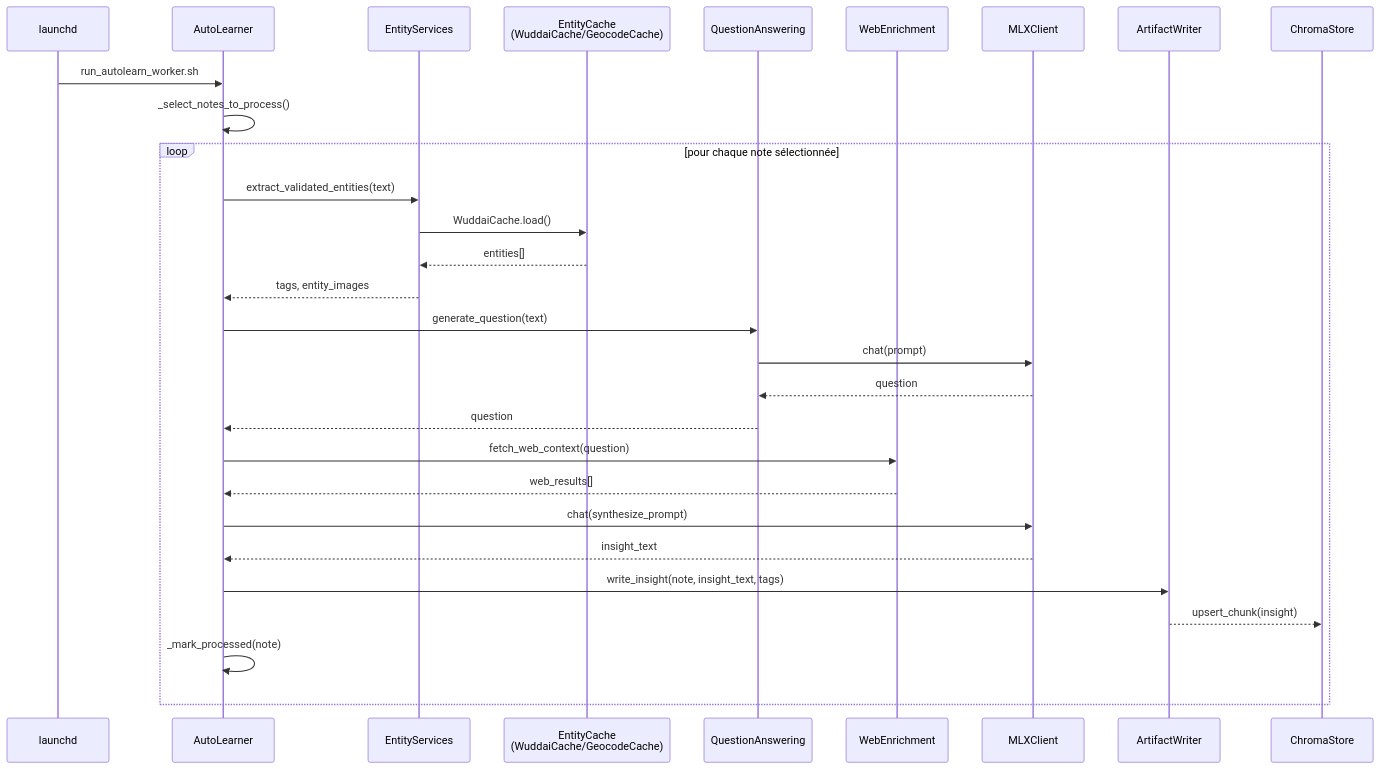
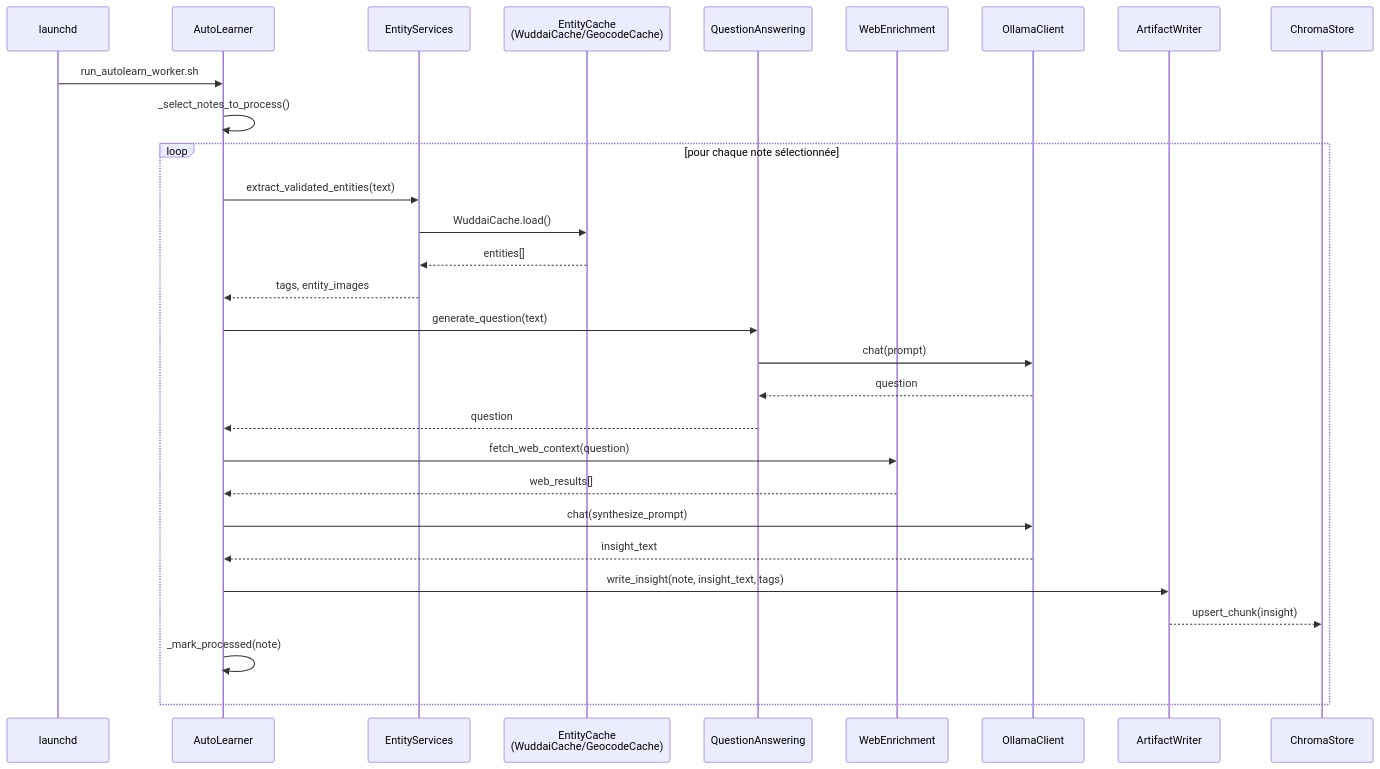
One commit to pat-the-geek/obsirag changed the third of 4 diagrams in docs/sequence.md. Above: the diagram before and after it, drawn with Mermaid. The commit also changed other lines of this file and 6 other files, not shown here.

Commit message:
docs: replace mlx references with ollama

````diff
--- a/docs/sequence.md
+++ b/docs/sequence.md
@@ -92,32 +92,32 @@
 ```mermaid
 sequenceDiagram
     participant LD as launchd
     participant AL as AutoLearner
     participant ES as EntityServices
     participant EC as EntityCache<br/>(WuddaiCache/GeocodeCache)
     participant QA as QuestionAnswering
     participant WE as WebEnrichment
-    participant MLX as MLXClient
+    participant OLLAMA as OllamaClient
     participant AW as ArtifactWriter
     participant CS as ChromaStore
 
     LD->>AL: run_autolearn_worker.sh
     AL->>AL: _select_notes_to_process()
     loop pour chaque note sélectionnée
         AL->>ES: extract_validated_entities(text)
         ES->>EC: WuddaiCache.load()
         EC-->>ES: entities[]
         ES-->>AL: tags, entity_images
         AL->>QA: generate_question(text)
-        QA->>MLX: chat(prompt)
-        MLX-->>QA: question
+        QA->>OLLAMA: chat(prompt)
+        OLLAMA-->>QA: question
         QA-->>AL: question
         AL->>WE: fetch_web_context(question)
         WE-->>AL: web_results[]
-        AL->>MLX: chat(synthesize_prompt)
-        MLX-->>AL: insight_text
+        AL->>OLLAMA: chat(synthesize_prompt)
+        OLLAMA-->>AL: insight_text
         AL->>AW: write_insight(note, insight_text, tags)
         AW-->>CS: upsert_chunk(insight)
         AL->>AL: _mark_processed(note)
     end
 ```
````
